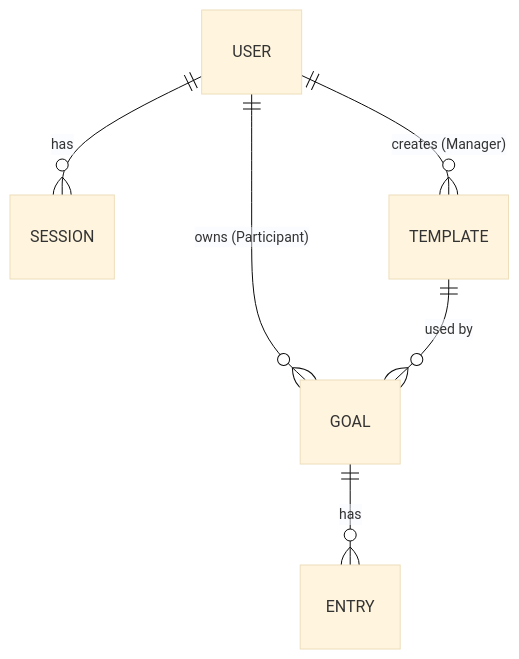
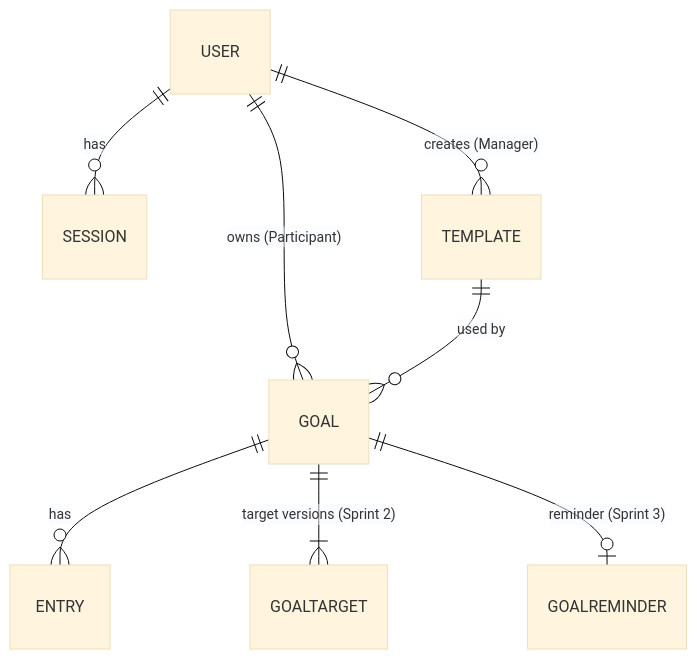
One commit to phittayanan/habit-tracker changed the second of 2 diagrams in docs/system-sds.md. Above: the diagram before and after it, drawn with Mermaid (base theme). The commit also changed other lines of this file and 2 other files, not shown here.

````diff
--- a/docs/system-sds.md
+++ b/docs/system-sds.md
@@ -72,8 +74,10 @@
 ```mermaid
 erDiagram
   USER ||--o{ SESSION : "has"
   USER ||--o{ GOAL : "owns (Participant)"
   USER ||--o{ TEMPLATE : "creates (Manager)"
   TEMPLATE ||--o{ GOAL : "used by"
   GOAL ||--o{ ENTRY : "has"
+  GOAL ||--|{ GOALTARGET : "target versions (Sprint 2)"
+  GOAL ||--o| GOALREMINDER : "reminder (Sprint 3)"
 ```
````
